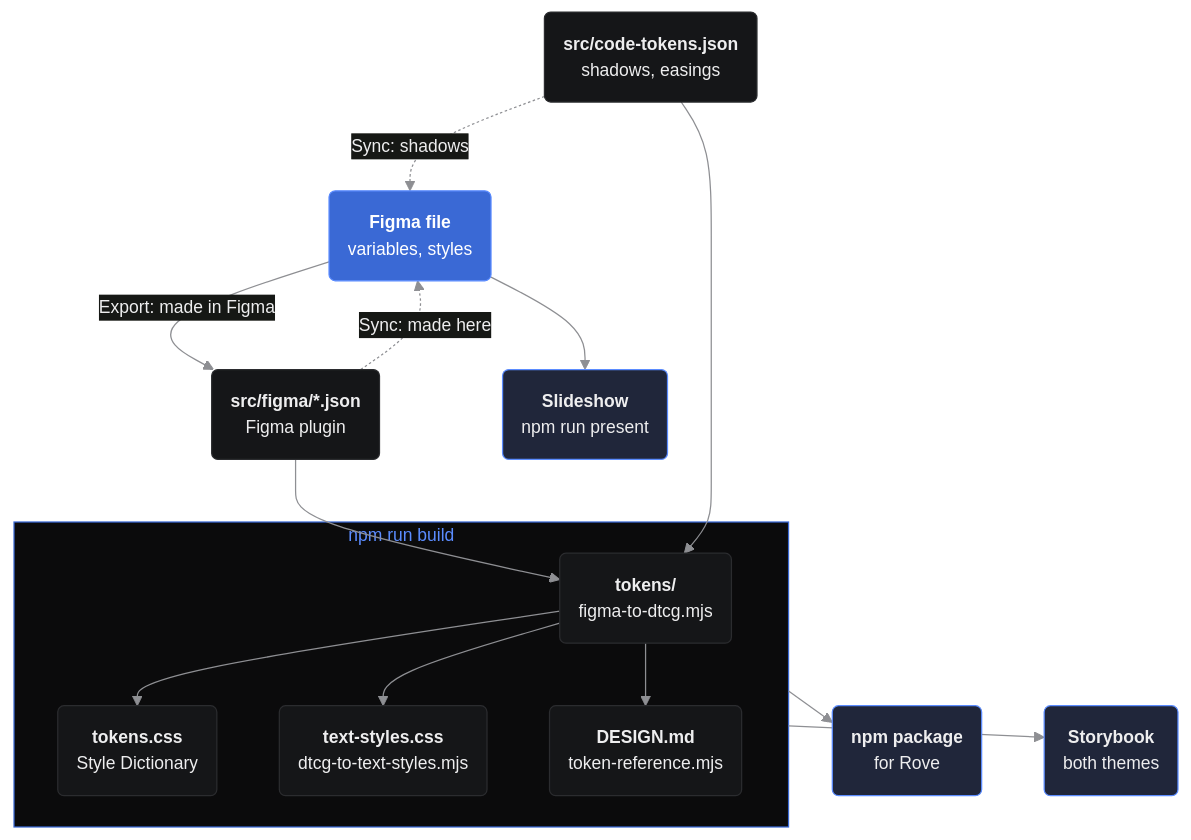
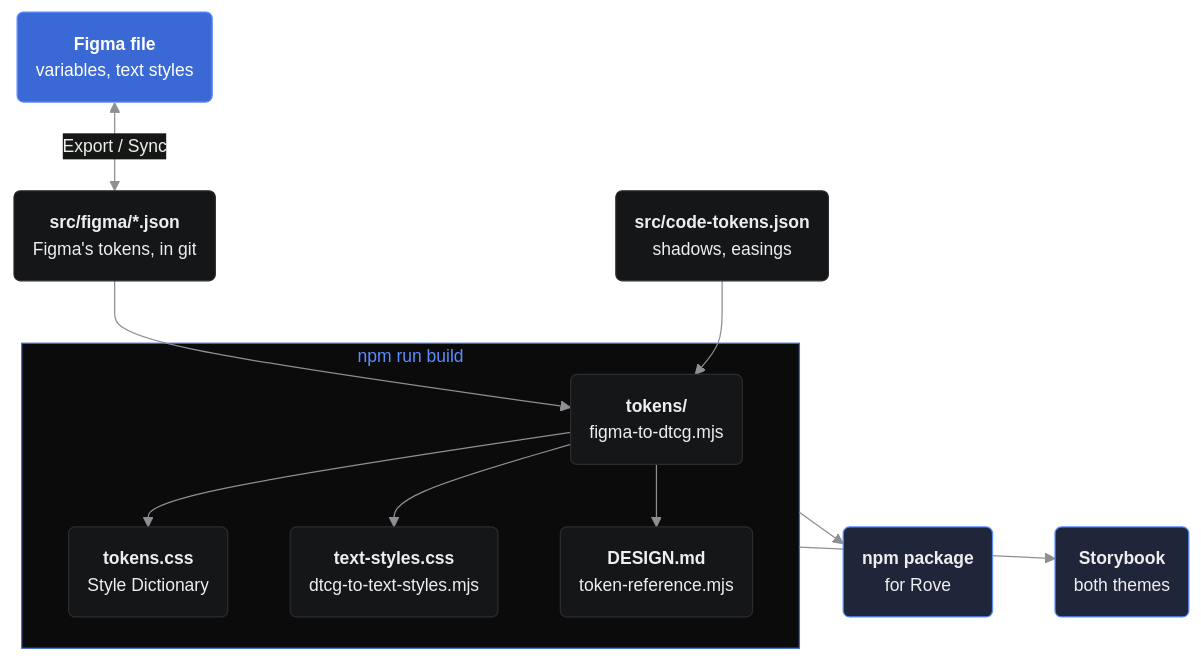
One commit to swiftsolve/rove-tokens changed the diagram in README.md. Above: the diagram before and after it, drawn with Mermaid. The commit also changed other lines of this file, not shown here.

Commit message:
docs(readme): the diagram is one path from Figma to the package, with a single two-way link to Figma
Two arrows between Figma and src/figma/*.json, a third from the shadows, and
the slideshow branch made the diagram read as a tangle. Figma now joins the
repo by one Export / Sync link; the caption says each change takes one
direction, that Sync carries the shadows too, and that the slideshow is
separate.

````diff
--- a/README.md
+++ b/README.md
@@ -41,30 +41,26 @@
 ```mermaid
 %%{init: {"themeCSS": ".cluster-label { translate: 236px 0; }", "theme": "base", "themeVariables": {"fontFamily": "Inter, -apple-system, Segoe UI, Helvetica, Arial, sans-serif", "fontSize": "14px", "primaryColor": "#151618", "primaryTextColor": "#eeeeef", "primaryBorderColor": "#2b2c2f", "lineColor": "#8e8f93", "clusterBkg": "#0b0b0c", "clusterBorder": "#3a69d5", "titleColor": "#5b8cff", "dropShadow": "none"}}}%%
 flowchart TD
-  figma("<b>Figma file</b><br/>variables, styles"):::source
-  exports("<b>src/figma/*.json</b><br/>Figma plugin"):::file
+  figma("<b>Figma file</b><br/>variables, text styles"):::source
+  exports("<b>src/figma/*.json</b><br/>Figma's tokens, in git"):::file
   code("<b>src/code‑tokens.json</b><br/>shadows, easings"):::file
-  slides("<b>Slideshow</b><br/>npm run present"):::ship
 
   subgraph build ["npm run build"]
     dtcg("<b>tokens/</b><br/>figma‑to‑dtcg.mjs"):::file
     css("<b>tokens.css</b><br/>Style Dictionary"):::file
     textCss("<b>text-styles.css</b><br/>dtcg‑to‑text‑styles.mjs"):::file
     design("<b>DESIGN.md</b><br/>token‑reference.mjs"):::file
   end
 
   pkg("<b>npm package</b><br/>for Rove"):::ship
   storybook("<b>Storybook</b><br/>both themes"):::ship
 
-  figma -->|Export: made in Figma| exports
-  figma --> slides
-  exports -.->|Sync: made here| figma
-  code -.->|Sync: shadows| figma
+  figma <-->|Export / Sync| exports
   exports & code --> dtcg
   dtcg --> css & textCss & design
   build --> pkg & storybook
 
   classDef source fill:#3a69d5,stroke:#5b8cff,color:#ffffff
   classDef file fill:#151618,stroke:#2b2c2f,color:#eeeeef
   classDef ship fill:#20263a,stroke:#5b8cff,color:#eeeeef
 ```
````
